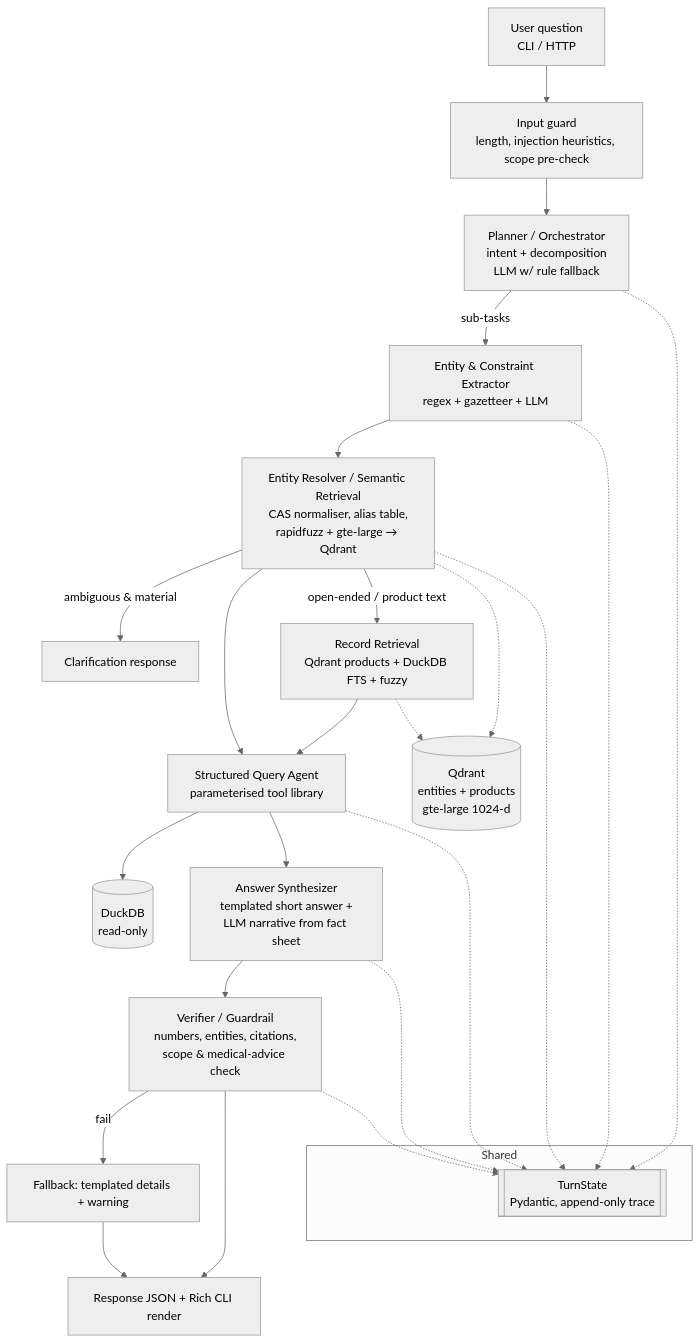
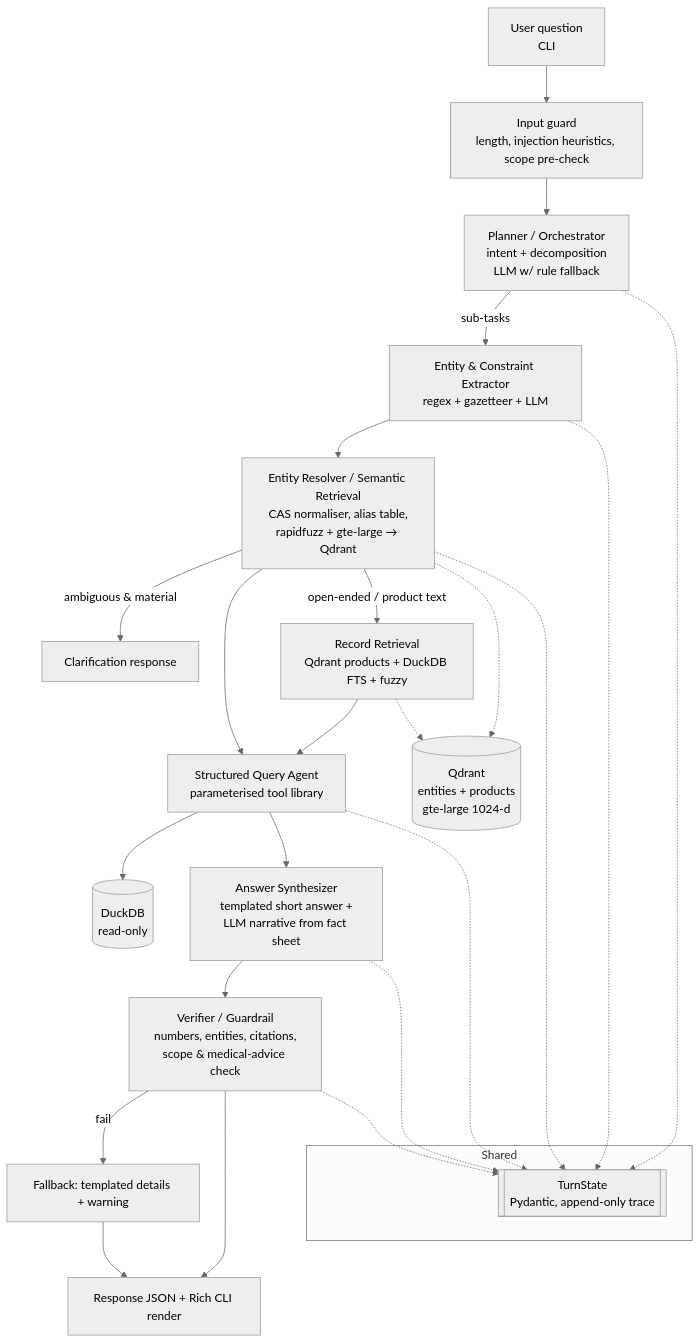
Before and after one commit to praveensomisetti/RAG_calense: the diagram in PLAN.md, drawn with Mermaid (neutral theme). The commit also changed other lines of this file and 2 other files, not shown here.

````diff
--- a/PLAN.md
+++ b/PLAN.md
@@ -178,28 +187,28 @@
 ```mermaid
 flowchart TD
-    U[User question<br/>CLI / HTTP] --> G0[Input guard<br/>length, injection heuristics, scope pre-check]
+    U[User question<br/>CLI] --> G0[Input guard<br/>length, injection heuristics, scope pre-check]
     G0 --> P[Planner / Orchestrator<br/>intent + decomposition<br/>LLM w/ rule fallback]
     P -->|sub-tasks| X[Entity & Constraint Extractor<br/>regex + gazetteer + LLM]
     X --> R[Entity Resolver / Semantic Retrieval<br/>CAS normaliser, alias table,<br/>rapidfuzz + gte-large → Qdrant]
     R -->|ambiguous & material| CL[Clarification response]
     R --> Q[Structured Query Agent<br/>parameterised tool library]
     R -->|open-ended / product text| RT[Record Retrieval<br/>Qdrant products + DuckDB FTS + fuzzy]
     RT --> Q
     R -.-> VDB[(Qdrant<br/>entities + products<br/>gte-large 1024-d)]
     RT -.-> VDB
     Q --> DB[(DuckDB<br/>read-only)]
     Q --> S[Answer Synthesizer<br/>templated short answer +<br/>LLM narrative from fact sheet]
     S --> V[Verifier / Guardrail<br/>numbers, entities, citations,<br/>scope & medical-advice check]
     V -->|fail| S2[Fallback: templated details + warning]
     V --> O[Response JSON + Rich CLI render]
     S2 --> O
     subgraph Shared
       ST[[TurnState<br/>Pydantic, append-only trace]]
     end
     P -.-> ST
     X -.-> ST
     R -.-> ST
     Q -.-> ST
     S -.-> ST
     V -.-> ST
 ```
````
